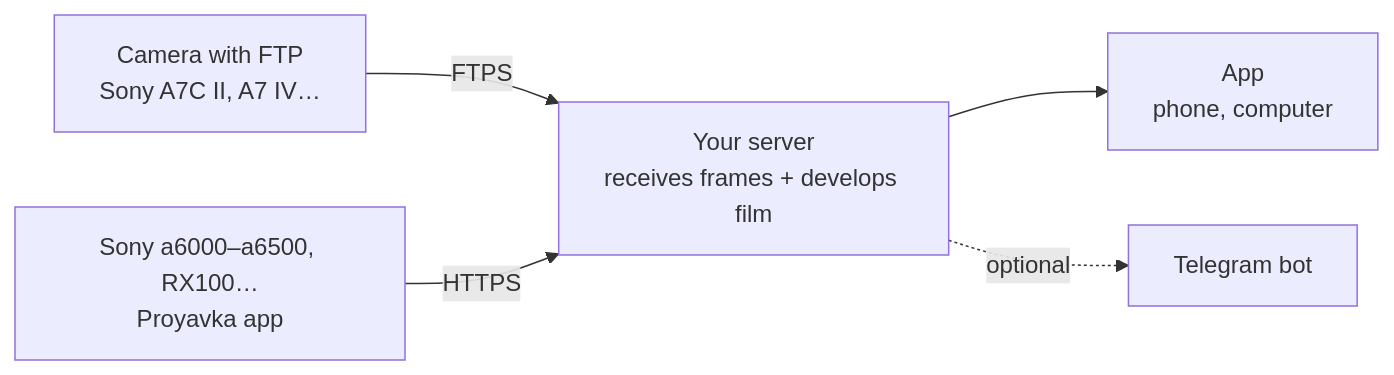
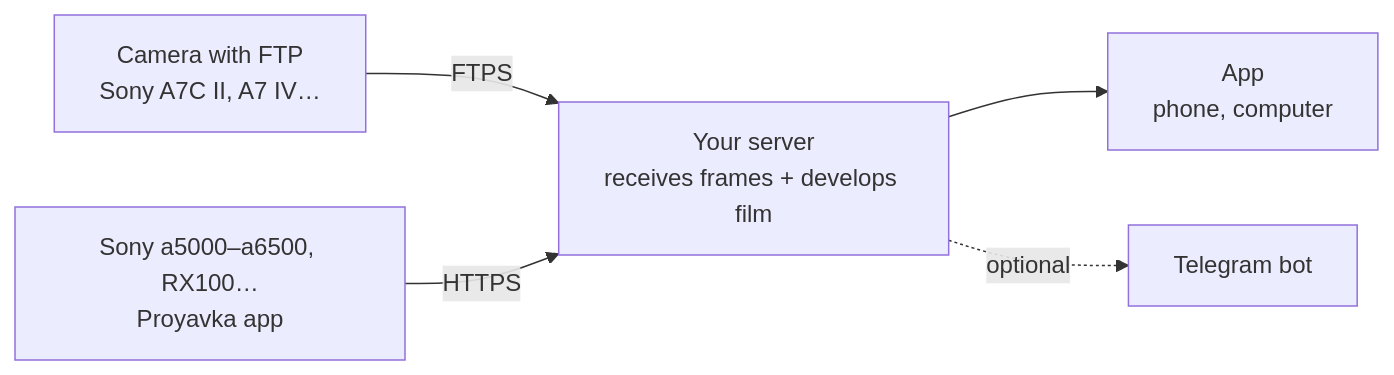
Before and after one commit to Melnikoff07/proyavka: the diagram in README.md, drawn with Mermaid. The commit also changed other lines of this file and 3 other files, not shown here.

````diff
--- a/README.md
+++ b/README.md
@@ -29,7 +29,7 @@
 ```mermaid
 flowchart LR
     A[Camera with FTP<br>Sony A7C II, A7 IV…] -- FTPS --> S
-    B[Sony a6000–a6500, RX100…<br>Proyavka app] -- HTTPS --> S
+    B[Sony a5000–a6500, RX100…<br>Proyavka app] -- HTTPS --> S
     S[Your server<br>receives frames + develops film] --> W[App<br>phone, computer]
     S -. optional .-> T[Telegram bot]
 ```
````
